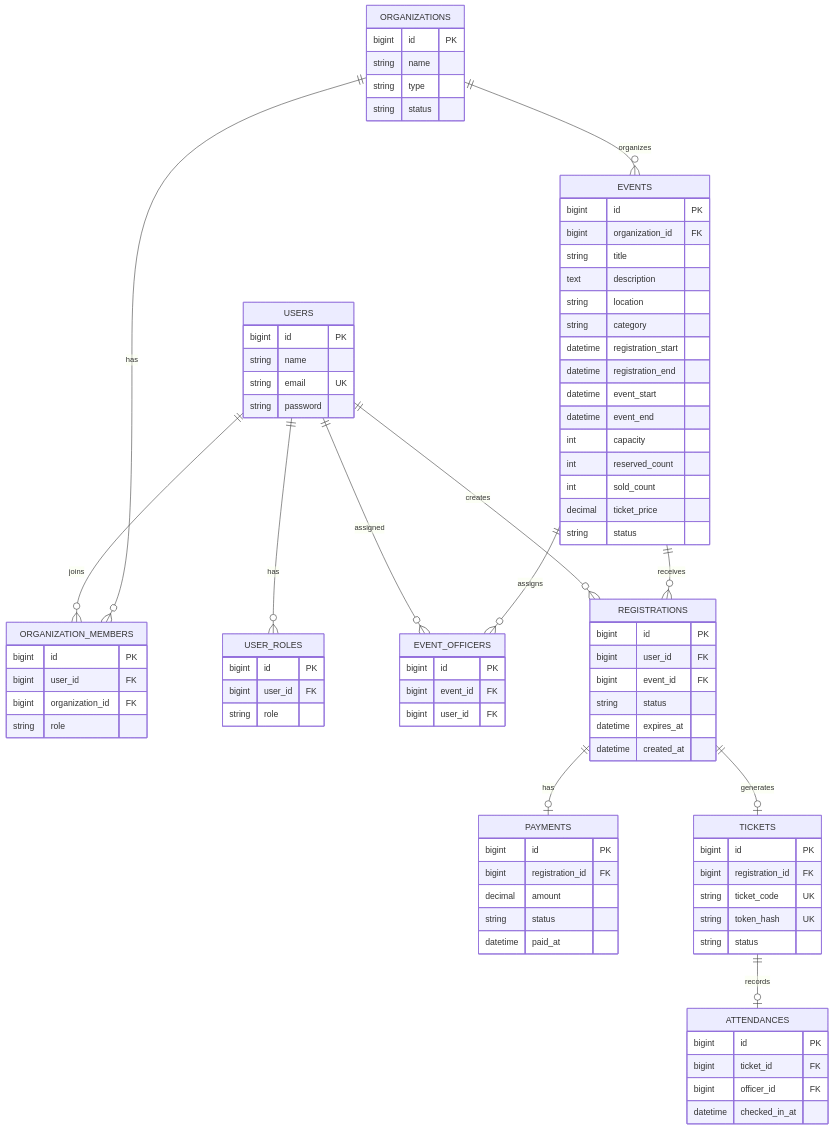
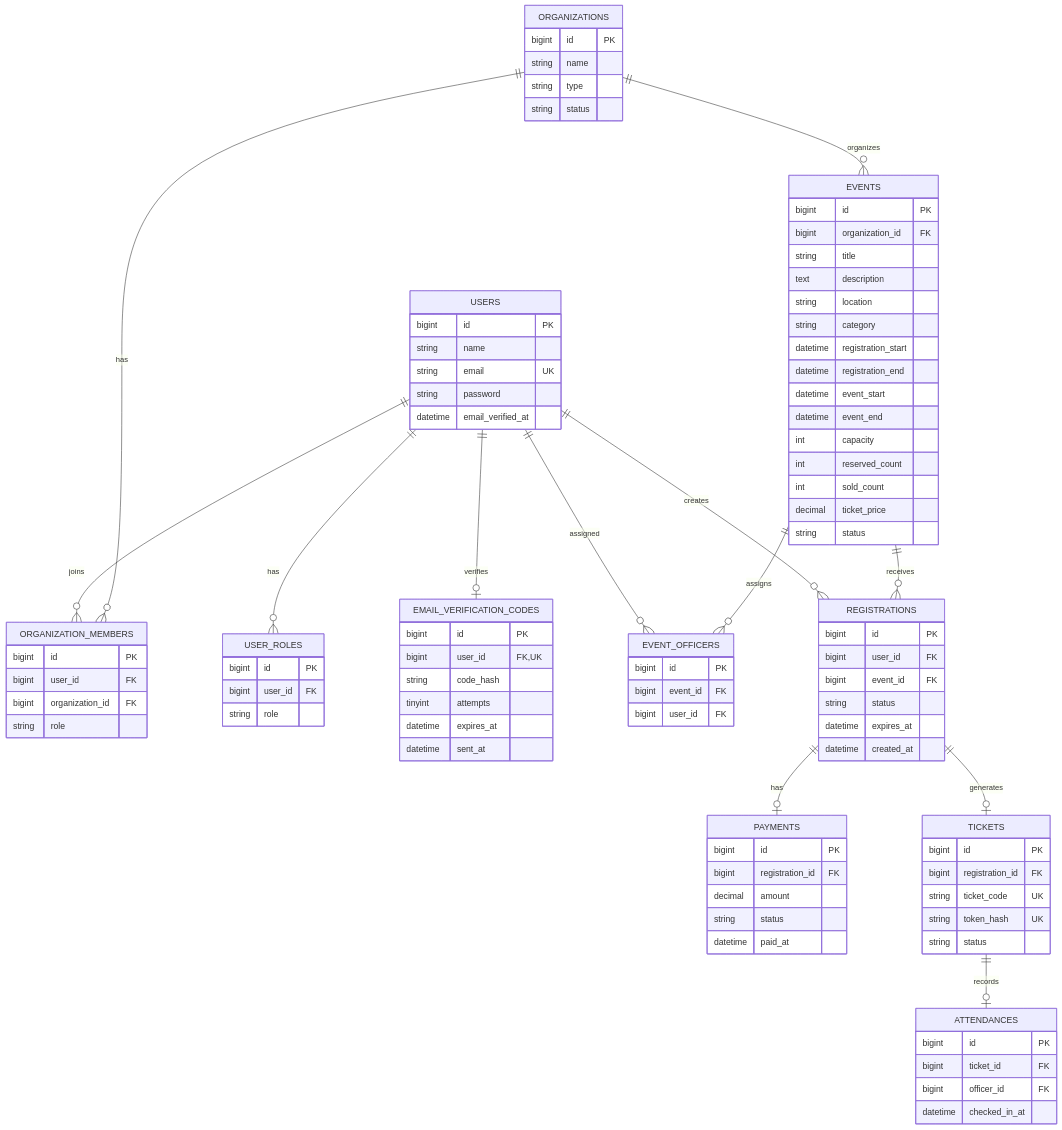
One commit to Elfend11/CampusEvent changed the second of 2 diagrams in docs/ARCHITECTURE.md. Above: the diagram before and after it, drawn with Mermaid. The commit also changed other lines of this file and 35 other files, not shown here.

```diff
--- a/docs/ARCHITECTURE.md
+++ b/docs/ARCHITECTURE.md
@@ -228,6 +229,7 @@
 erDiagram
     USERS ||--o{ ORGANIZATION_MEMBERS : joins
     USERS ||--o{ USER_ROLES : has
+    USERS ||--o| EMAIL_VERIFICATION_CODES : verifies
     USERS ||--o{ EVENT_OFFICERS : assigned
     ORGANIZATIONS ||--o{ ORGANIZATION_MEMBERS : has
     ORGANIZATIONS ||--o{ EVENTS : organizes
@@ -243,6 +245,16 @@
         string name
         string email UK
         string password
+        datetime email_verified_at
+    }
+
+    EMAIL_VERIFICATION_CODES {
+        bigint id PK
+        bigint user_id FK, UK
+        string code_hash
+        tinyint attempts
+        datetime expires_at
+        datetime sent_at
     }
 
     USER_ROLES {
```
